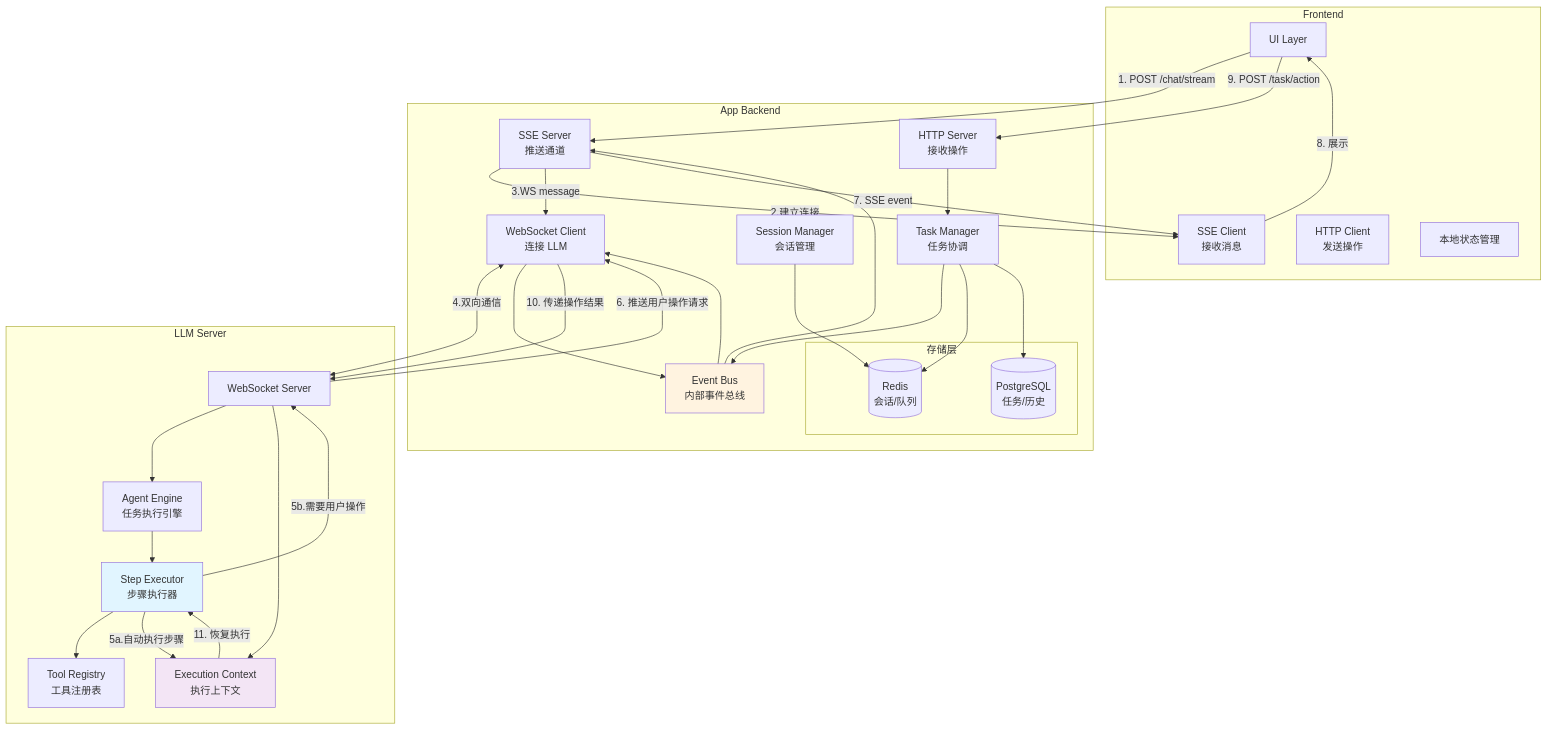
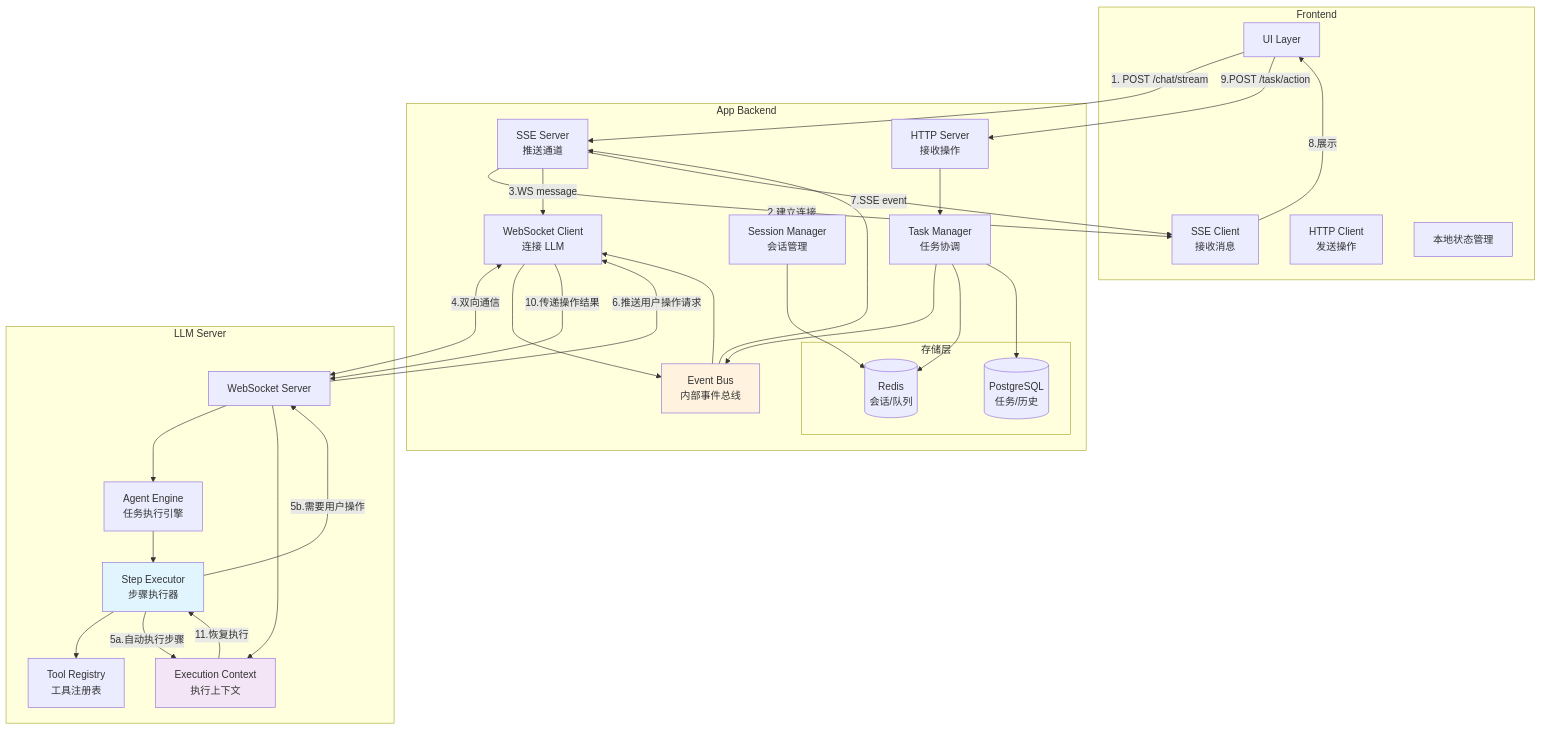
The diagram in all/未命名-10.md (yingjianzh/iodraw-files), drawn with Mermaid before and after one commit.

Commit message:
2025-12-18 10:01:44 update

````diff
--- a/all/未命名-10.md
+++ b/all/未命名-10.md
@@ -1,65 +1,65 @@
 ```mermaid
 graph TB
     subgraph Frontend["Frontend"]
         UI[UI Layer]
         SSE_C[SSE Client<br/>接收消息]
         HTTP_C[HTTP Client<br/>发送操作]
         LocalState[本地状态管理]
     end
 
     subgraph AppBackend["App Backend"]
         SSE_S[SSE Server<br/>推送通道]
         HTTP_S[HTTP Server<br/>接收操作]
         WS_Client[WebSocket Client<br/>连接 LLM]
         
         SessionMgr[Session Manager<br/>会话管理]
         TaskMgr[Task Manager<br/>任务协调]
         EventBus[Event Bus<br/>内部事件总线]
         
         subgraph Storage["存储层"]
             Redis[(Redis<br/>会话/队列)]
             DB[(PostgreSQL<br/>任务/历史)]
         end
     end
 
     subgraph LLMServer["LLM Server"]
         WS_Server[WebSocket Server]
         AgentEngine[Agent Engine<br/>任务执行引擎]
         StepExecutor[Step Executor<br/>步骤执行器]
         ToolRegistry[Tool Registry<br/>工具注册表]
         ExecutionCtx[Execution Context<br/>执行上下文]
     end
 
     UI -->|1. POST /chat/stream| SSE_S
     SSE_S -->|2.建立连接| SSE_C
     SSE_S -->|3.WS message| WS_Client
     WS_Client <-->|4.双向通信| WS_Server
     
     WS_Server --> AgentEngine
     AgentEngine --> StepExecutor
     StepExecutor --> ToolRegistry
     
     StepExecutor -->|5a.自动执行步骤| ExecutionCtx
     StepExecutor -->|5b.需要用户操作| WS_Server
-    WS_Server -->|6. 推送用户操作请求| WS_Client
+    WS_Server -->|6.推送用户操作请求| WS_Client
     WS_Client --> EventBus
     EventBus --> SSE_S
-    SSE_S -->|7. SSE event| SSE_C
-    SSE_C -->|8. 展示| UI
+    SSE_S -->|7.SSE event| SSE_C
+    SSE_C -->|8.展示| UI
     
-    UI -->|9. POST /task/action| HTTP_S
+    UI -->|9.POST /task/action| HTTP_S
     HTTP_S --> TaskMgr
     TaskMgr --> EventBus
     EventBus --> WS_Client
-    WS_Client -->|10. 传递操作结果| WS_Server
+    WS_Client -->|10.传递操作结果| WS_Server
     WS_Server --> ExecutionCtx
-    ExecutionCtx -->|11. 恢复执行| StepExecutor
+    ExecutionCtx -->|11.恢复执行| StepExecutor
     
     SessionMgr --> Redis
     TaskMgr --> Redis
     TaskMgr --> DB
     
     style StepExecutor fill:#e1f5ff
     style EventBus fill:#fff3e0
     style ExecutionCtx fill:#f3e5f5
 ```
````
